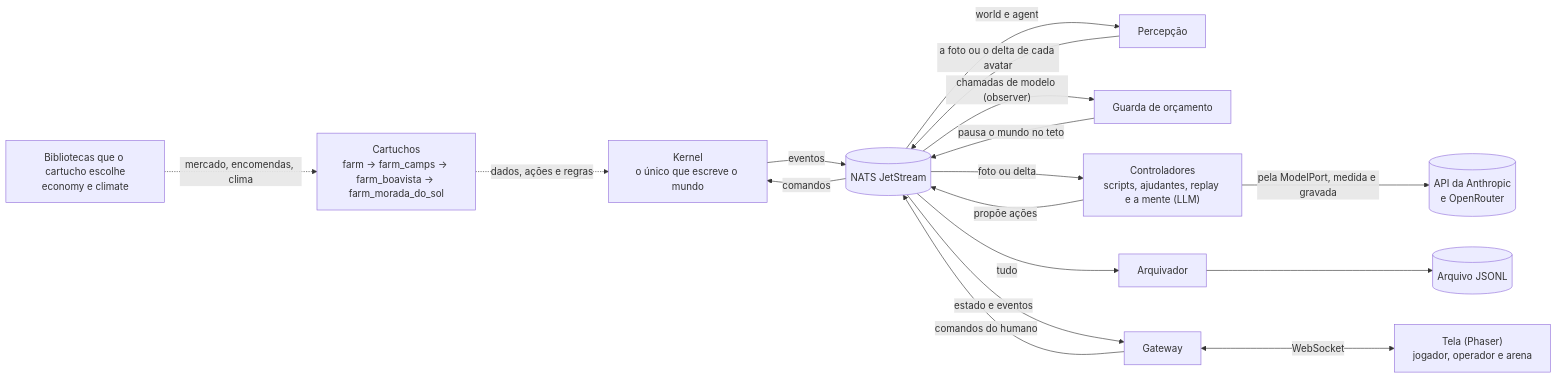
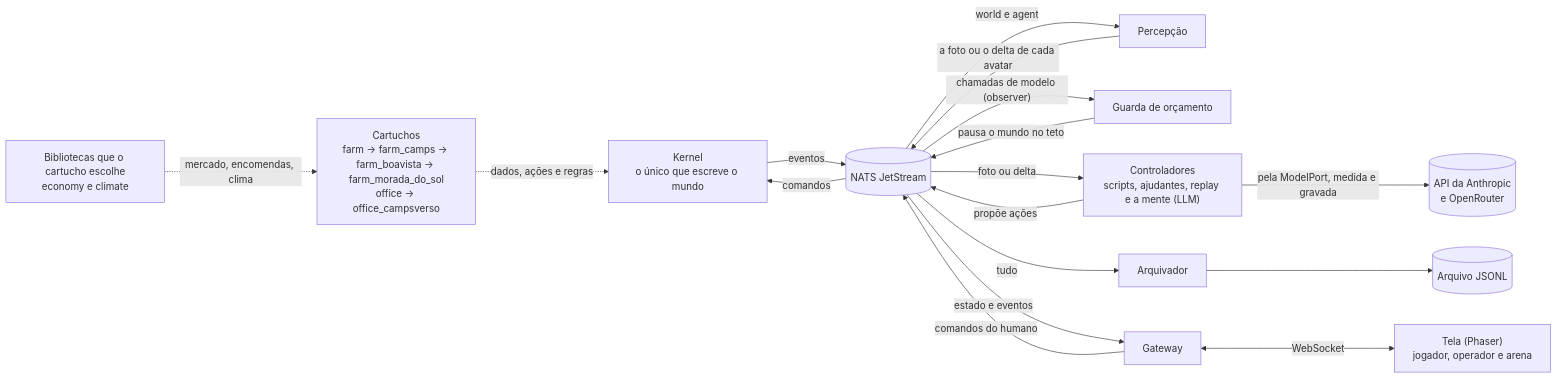
Before and after one commit to campilho/campsverso: the diagram in README.md, drawn with Mermaid. The commit also changed other lines of this file and 8 other files, not shown here.

````diff
--- a/README.md
+++ b/README.md
@@ -78,18 +84,18 @@
 ```mermaid
 flowchart LR
-    cart["Cartuchos<br/>farm → farm_camps → farm_boavista → farm_morada_do_sol"] -. "dados, ações e regras" .-> kernel
+    cart["Cartuchos<br/>farm → farm_camps → farm_boavista → farm_morada_do_sol<br/>office → office_campsverso"] -. "dados, ações e regras" .-> kernel
     libs["Bibliotecas que o cartucho escolhe<br/>economy e climate"] -. "mercado, encomendas, clima" .-> cart
     kernel["Kernel<br/>o único que escreve o mundo"] -- "eventos" --> nats[("NATS JetStream")]
     nats -- "comandos" --> kernel
     nats -- "world e agent" --> percepcao["Percepção"]
     percepcao -- "a foto ou o delta de cada avatar" --> nats
     nats -- "chamadas de modelo (observer)" --> guarda["Guarda de orçamento"]
     guarda -- "pausa o mundo no teto" --> nats
     nats -- "foto ou delta" --> runner["Controladores<br/>scripts, ajudantes, replay e a mente (LLM)"]
     runner -- "propõe ações" --> nats
     runner -- "pela ModelPort, medida e gravada" --> api[("API da Anthropic<br/>e OpenRouter")]
     nats -- "tudo" --> arquivador["Arquivador"] --> arquivo[("Arquivo JSONL")]
     nats -- "estado e eventos" --> gateway["Gateway"]
     gateway -- "comandos do humano" --> nats
     gateway <-->|"WebSocket"| tela["Tela (Phaser)<br/>jogador, operador e arena"]
 ```
````
